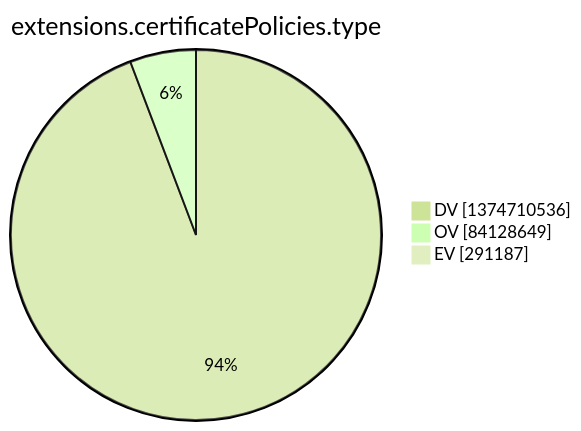
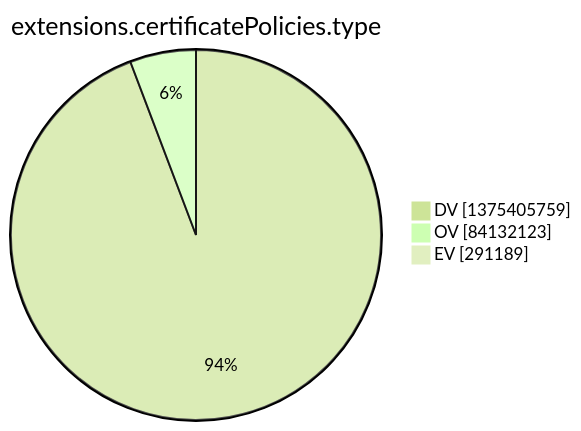
One commit to christiankrug/ctmonitor_visualization changed the tenth of 15 diagrams in argon2022/README.md. Above: the diagram before and after it, drawn with Mermaid (forest theme). The commit also changed other lines of this file, not shown here.

````diff
--- a/argon2022/README.md
+++ b/argon2022/README.md
@@ -2773,7 +2773,7 @@
 ```mermaid
 pie showData
 title extensions.certificatePolicies.type
-"DV" :1374710536
-"OV" :84128649
-"EV" :291187
+"DV" :1375405759
+"OV" :84132123
+"EV" :291189
 ```
````
